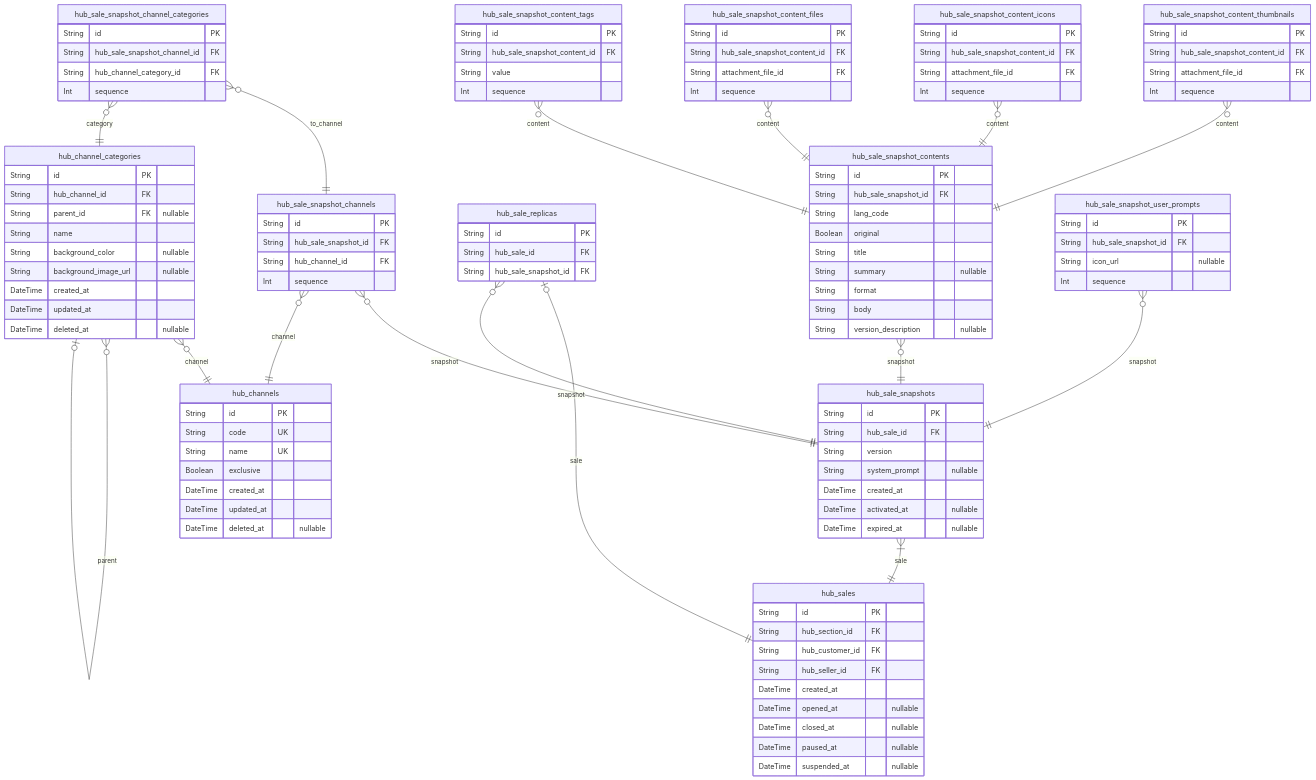
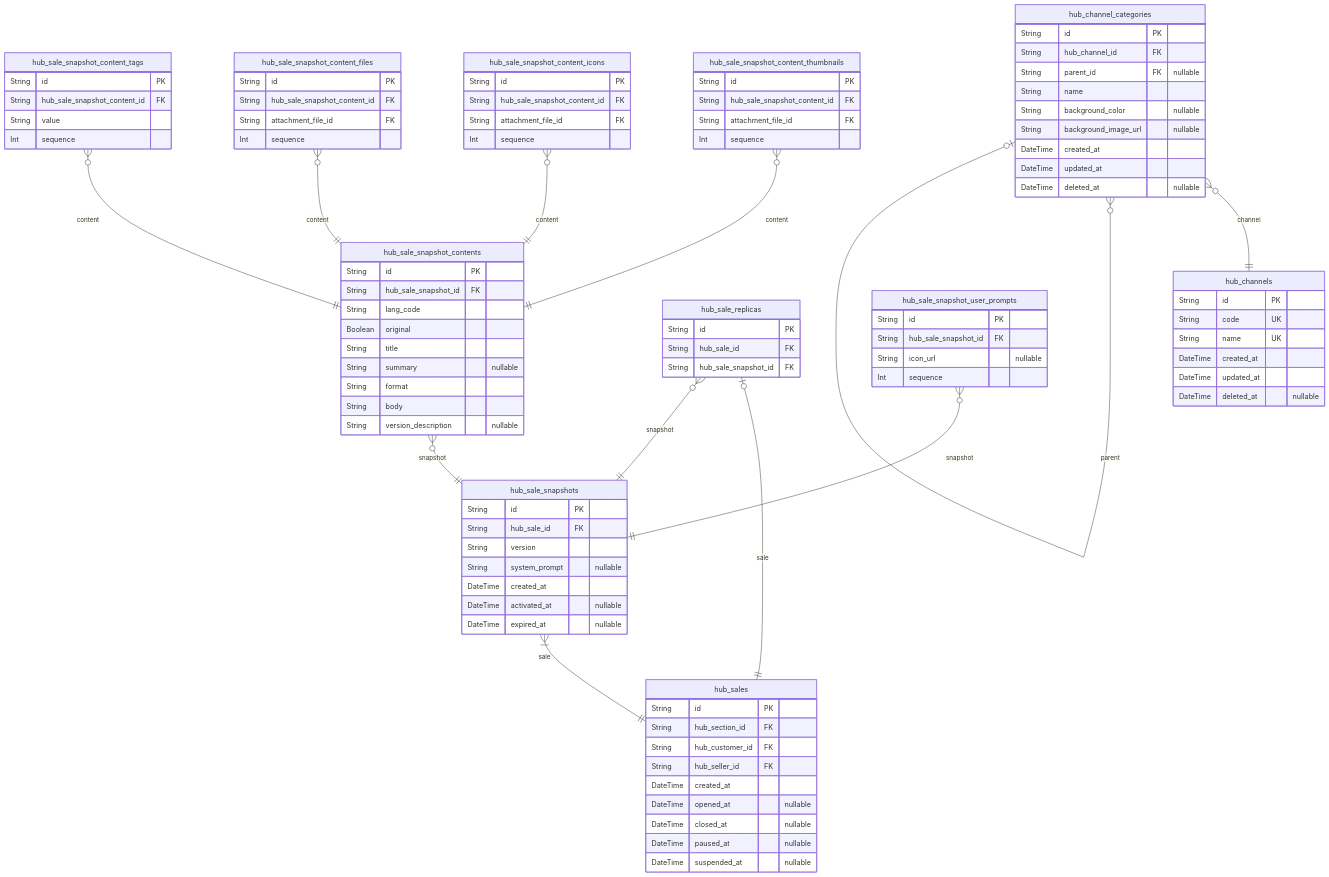
The fifth of 17 diagrams in docs/ERD.md (wrtnlabs/backend), drawn with Mermaid before and after one commit. The commit also changed other lines of this file and 1088 other files, not shown here.

```diff
--- a/docs/ERD.md
+++ b/docs/ERD.md
@@ -1434,18 +1427,6 @@
   String value
   Int sequence
 }
-"hub_sale_snapshot_channels" {
-  String id PK
-  String hub_sale_snapshot_id FK
-  String hub_channel_id FK
-  Int sequence
-}
-"hub_sale_snapshot_channel_categories" {
-  String id PK
-  String hub_sale_snapshot_channel_id FK
-  String hub_channel_category_id FK
-  Int sequence
-}
 "hub_sale_replicas" {
   String id PK
   String hub_sale_id FK
@@ -1455,7 +1436,6 @@
   String id PK
   String code UK
   String name UK
-  Boolean exclusive
   DateTime created_at
   DateTime updated_at
   DateTime deleted_at "nullable"
@@ -1502,10 +1482,6 @@
 "hub_sale_snapshot_content_icons" }o--|| "hub_sale_snapshot_contents" : content
 "hub_sale_snapshot_content_files" }o--|| "hub_sale_snapshot_contents" : content
 "hub_sale_snapshot_content_tags" }o--|| "hub_sale_snapshot_contents" : content
-"hub_sale_snapshot_channels" }o--|| "hub_sale_snapshots" : snapshot
-"hub_sale_snapshot_channels" }o--|| "hub_channels" : channel
-"hub_sale_snapshot_channel_categories" }o--|| "hub_sale_snapshot_channels" : to_channel
-"hub_sale_snapshot_channel_categories" }o--|| "hub_channel_categories" : category
 "hub_sale_replicas" |o--|| "hub_sales" : sale
 "hub_sale_replicas" }o--|| "hub_sale_snapshots" : snapshot
 "hub_channel_categories" }o--|| "hub_channels" : channel
```
